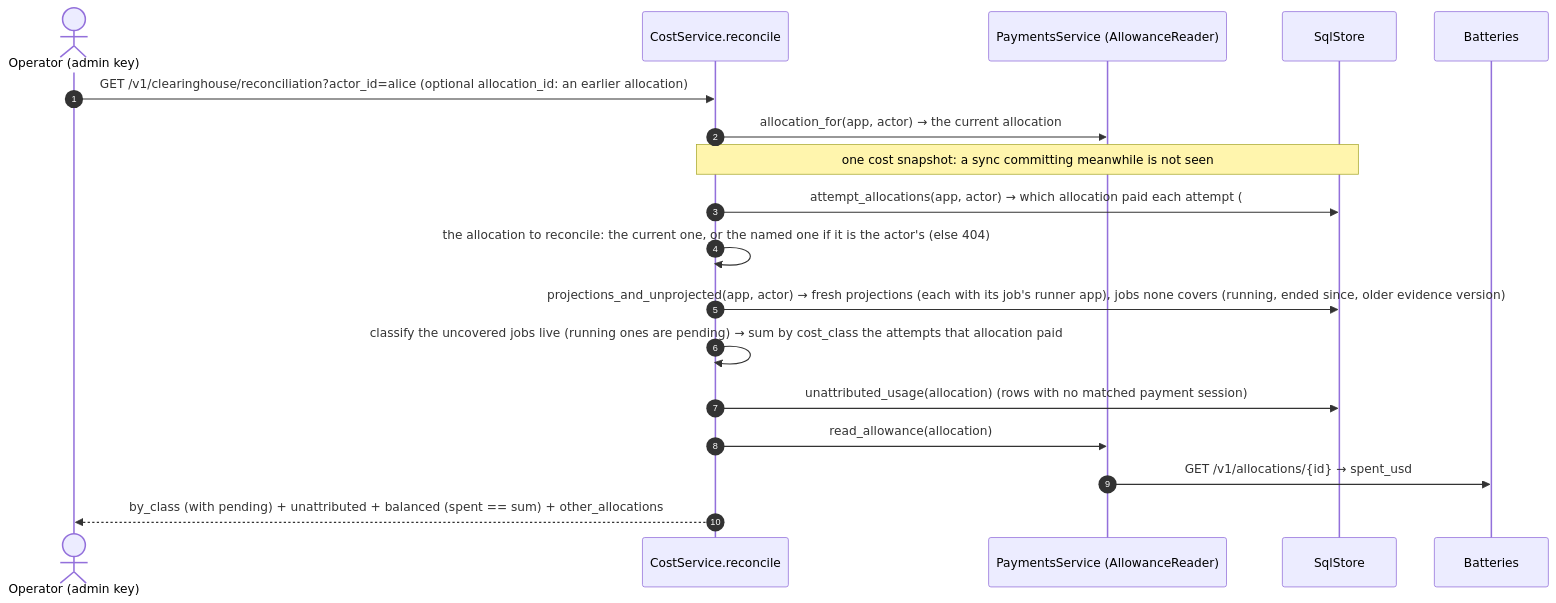
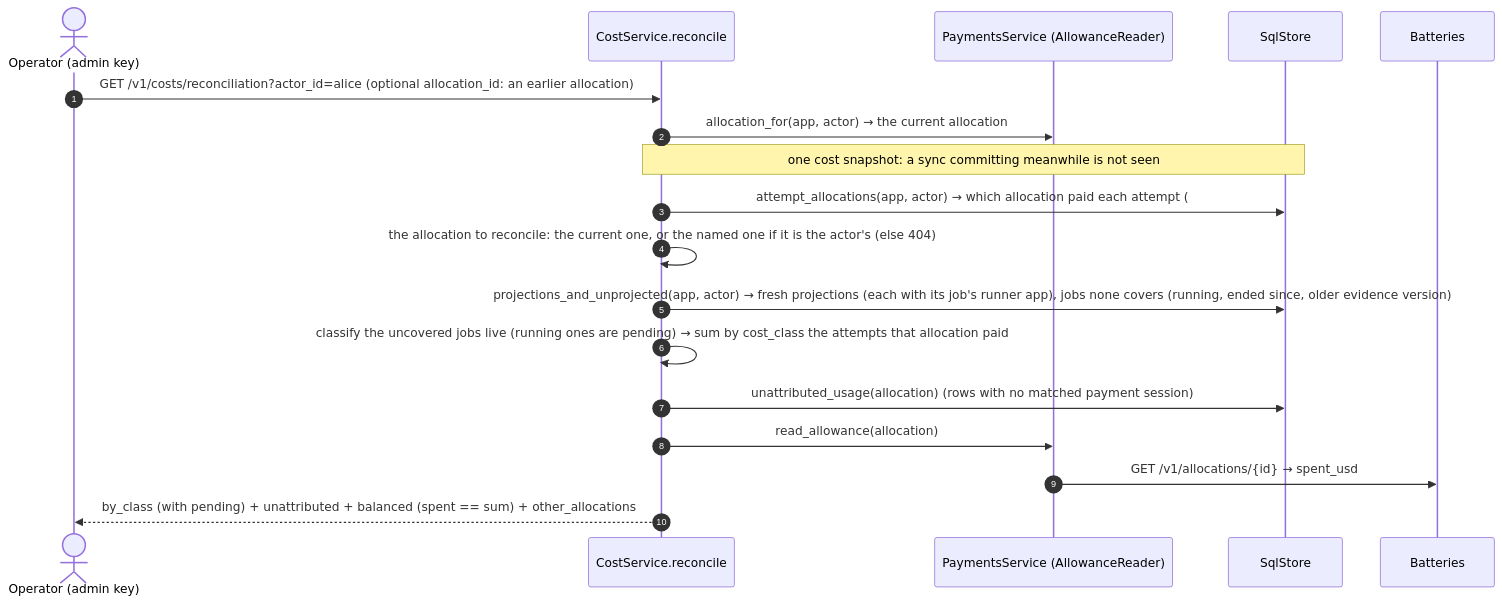
One commit to NE-Build-Track/livepeer-builder-core changed the eighth of 12 diagrams in docs/design-docs/architecture-diagrams.md. Above: the diagram before and after it, drawn with Mermaid. The commit also changed 22 other files, not shown here.

````diff
--- a/docs/design-docs/architecture-diagrams.md
+++ b/docs/design-docs/architecture-diagrams.md
@@ -271,20 +271,20 @@
 ```mermaid
 sequenceDiagram
     autonumber
     actor Op as Operator (admin key)
     participant C as CostService.reconcile
     participant Pay as PaymentsService (AllowanceReader)
     participant DB as SqlStore
     participant Bat as Batteries
-    Op->>C: GET /v1/clearinghouse/reconciliation?actor_id=alice (optional allocation_id: an earlier allocation)
+    Op->>C: GET /v1/costs/reconciliation?actor_id=alice (optional allocation_id: an earlier allocation)
     C->>Pay: allocation_for(app, actor) → the current allocation
     Note over C,DB: one cost snapshot: a sync committing meanwhile is not seen
     C->>DB: attempt_allocations(app, actor) → which allocation paid each attempt (#115, C9)
     C->>C: the allocation to reconcile: the current one, or the named one if it is the actor's (else 404)
     C->>DB: projections_and_unprojected(app, actor) → fresh projections (each with its job's runner app), jobs none covers (running, ended since, older evidence version)
     C->>C: classify the uncovered jobs live (running ones are pending) → sum by cost_class the attempts that allocation paid
     C->>DB: unattributed_usage(allocation) (rows with no matched payment session)
     C->>Pay: read_allowance(allocation)
     Pay->>Bat: GET /v1/allocations/{id} → spent_usd
     C-->>Op: by_class (with pending) + unattributed + balanced (spent == sum) + other_allocations
 ```
````
